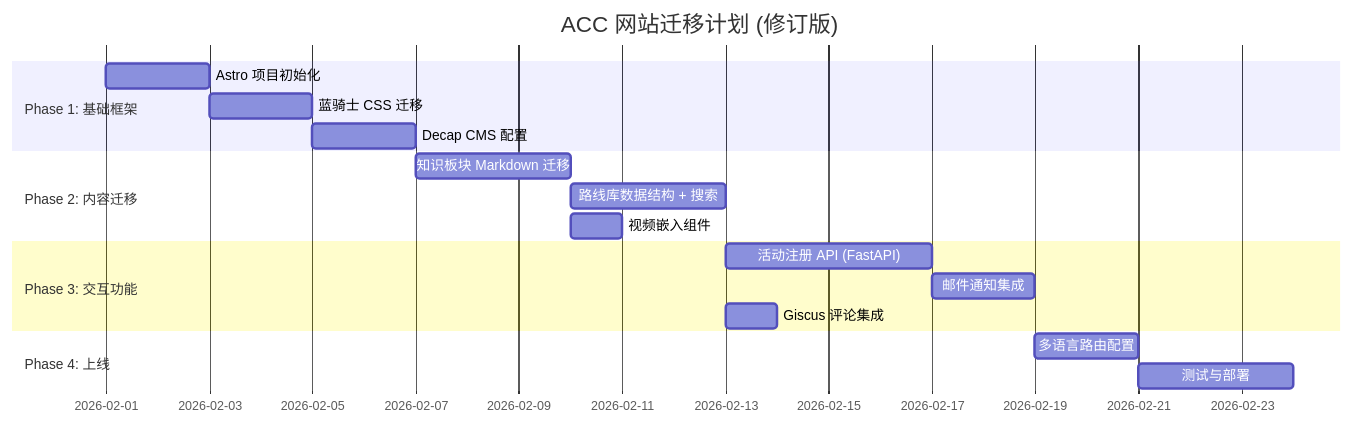
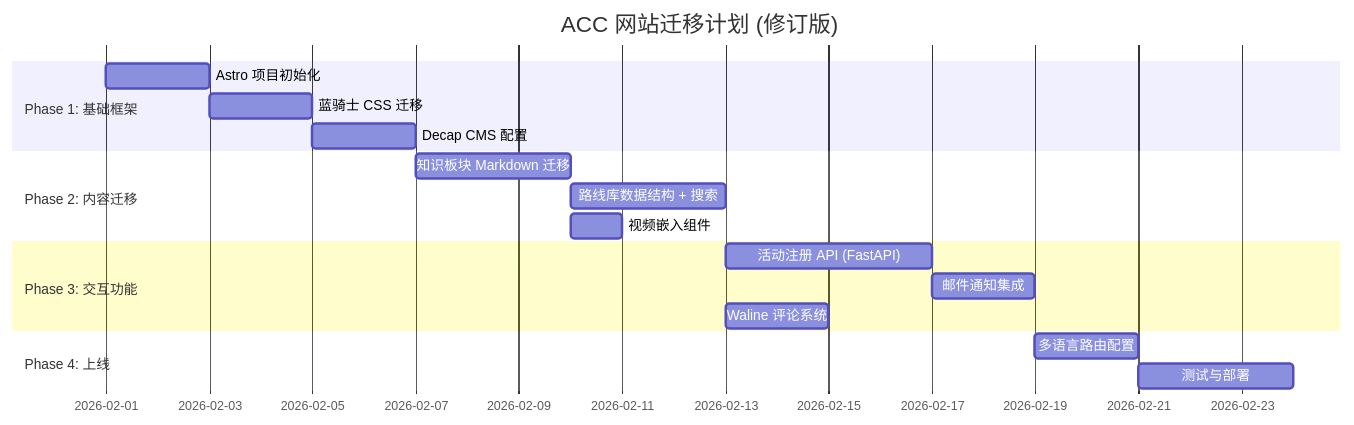
The fifth of 5 diagrams in docs/plan_after_architecture_diagnosis.md (GenLI3202/acc_clubhub), drawn with Mermaid before and after one commit. The commit also changed other lines of this file and 6 other files, not shown here.

````diff
--- a/docs/plan_after_architecture_diagnosis.md
+++ b/docs/plan_after_architecture_diagnosis.md
@@ -354,23 +368,23 @@
 ```mermaid
 gantt
     title ACC 网站迁移计划 (修订版)
     dateFormat  YYYY-MM-DD
     section Phase 1: 基础框架
     Astro 项目初始化           :a1, 2026-02-01, 2d
     蓝骑士 CSS 迁移            :a2, after a1, 2d
     Decap CMS 配置             :a3, after a2, 2d
     
     section Phase 2: 内容迁移
     知识板块 Markdown 迁移     :b1, after a3, 3d
     路线库数据结构 + 搜索      :b2, after b1, 3d
     视频嵌入组件               :b3, after b1, 1d
     
     section Phase 3: 交互功能
     活动注册 API (FastAPI)     :c1, after b2, 4d
     邮件通知集成               :c2, after c1, 2d
-    Giscus 评论集成            :c3, after b2, 1d
+    Waline 评论系统           :c3, after b2, 2d
     
     section Phase 4: 上线
     多语言路由配置             :d1, after c2, 2d
     测试与部署                 :d2, after d1, 3d
 ```
````
